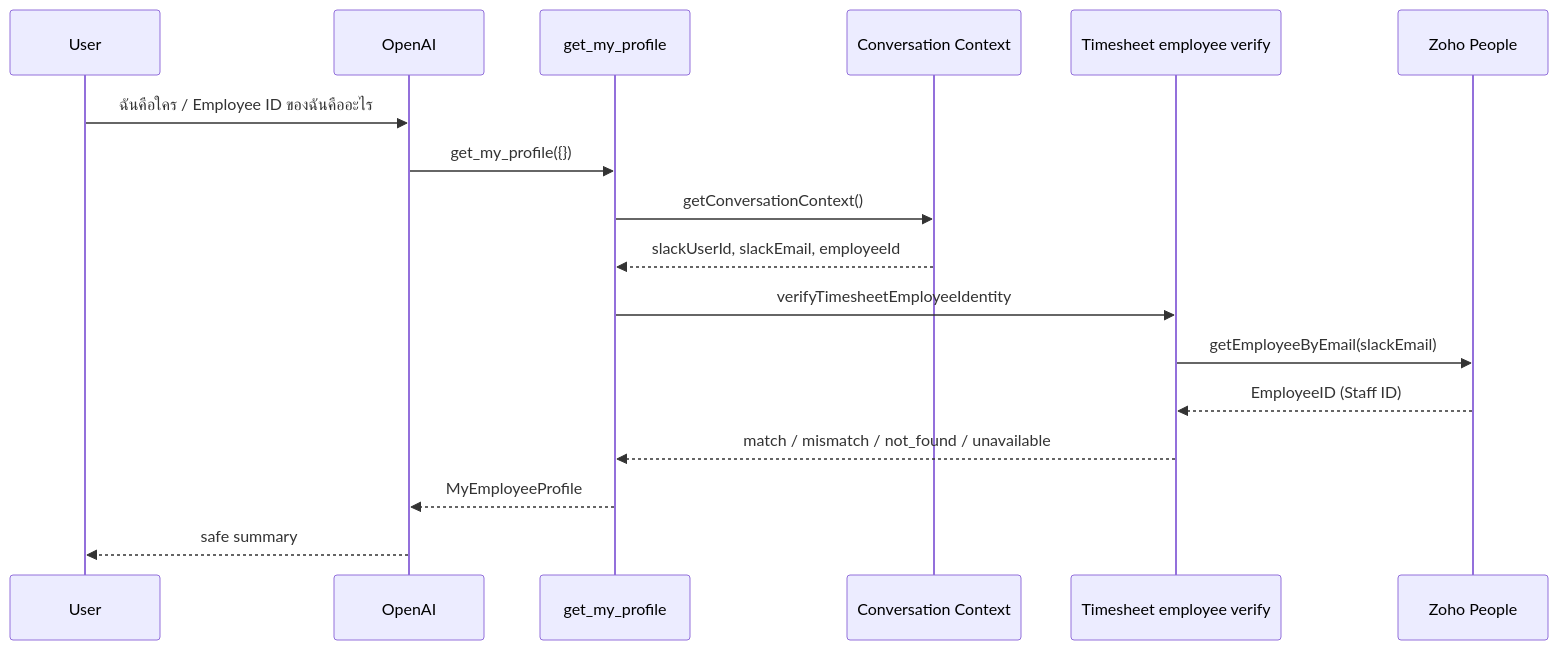
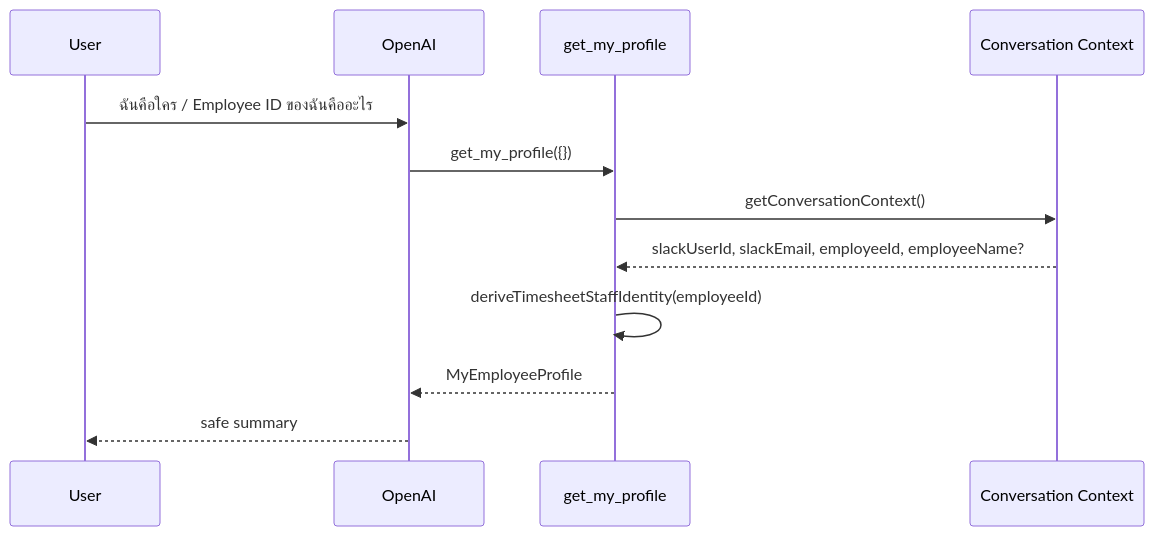
One commit to shopstack-asia/shopstack-timesheet changed the diagram in doc/features/business-tools/Get My Profile.md. Above: the diagram before and after it, drawn with Mermaid. The commit also changed other lines of this file and 17 other files, not shown here.

````diff
--- a/doc/features/business-tools/Get My Profile.md
+++ b/doc/features/business-tools/Get My Profile.md
@@ -29,20 +21,15 @@
 ```mermaid
 sequenceDiagram
   participant U as User
   participant AI as OpenAI
   participant T as get_my_profile
   participant Ctx as Conversation Context
-  participant V as Timesheet employee verify
-  participant Z as Zoho People
 
   U->>AI: ฉันคือใคร / Employee ID ของฉันคืออะไร
   AI->>T: get_my_profile({})
   T->>Ctx: getConversationContext()
-  Ctx-->>T: slackUserId, slackEmail, employeeId
-  T->>V: verifyTimesheetEmployeeIdentity
-  V->>Z: getEmployeeByEmail(slackEmail)
-  Z-->>V: EmployeeID (Staff ID)
-  V-->>T: match / mismatch / not_found / unavailable
+  Ctx-->>T: slackUserId, slackEmail, employeeId, employeeName?
+  T->>T: deriveTimesheetStaffIdentity(employeeId)
   T-->>AI: MyEmployeeProfile
   AI-->>U: safe summary
 ```
````
